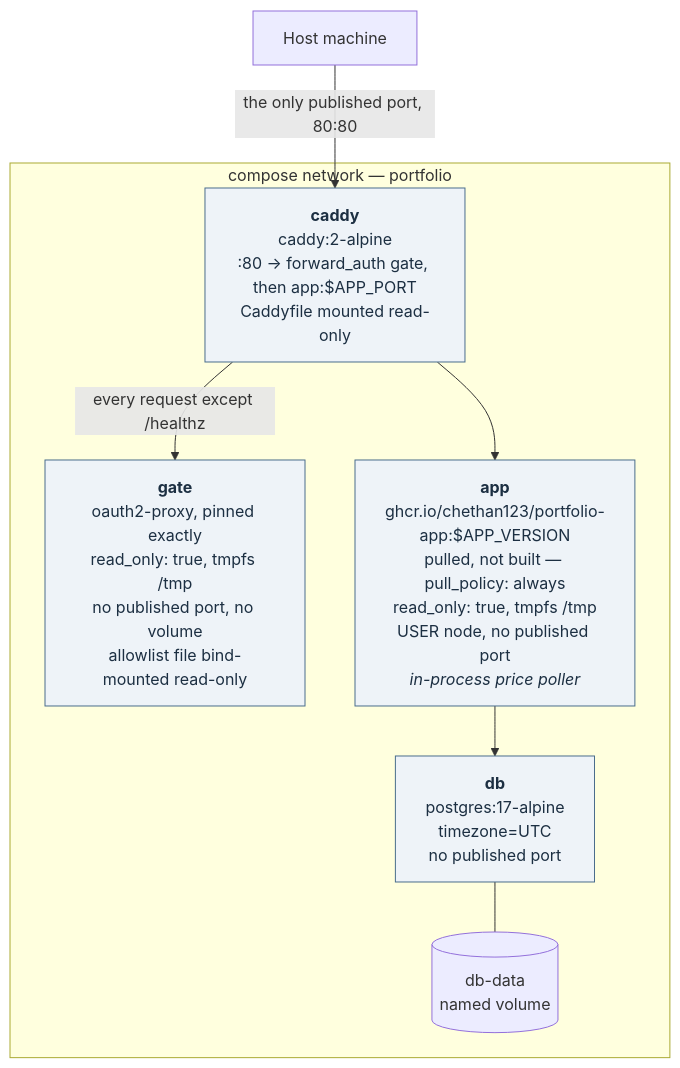
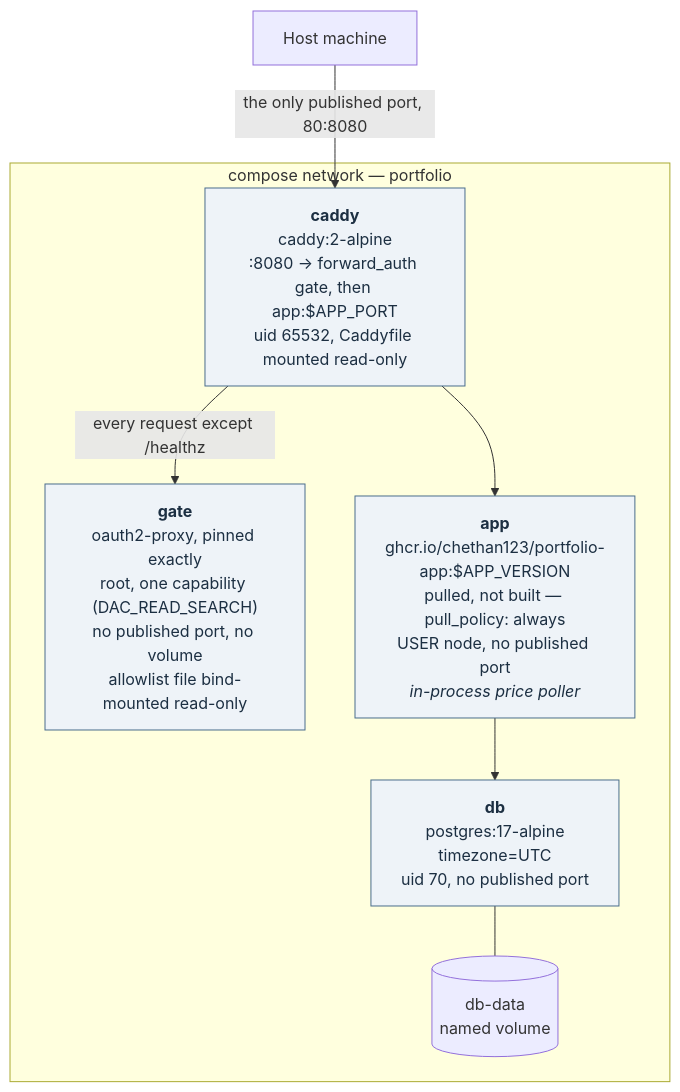
The second of 10 diagrams in ARCHITECTURE.md (chethan123/portfolio), drawn with Mermaid before and after one commit. The commit also changed other lines of this file and 9 other files, not shown here.

````diff
--- a/ARCHITECTURE.md
+++ b/ARCHITECTURE.md
@@ -136,21 +136,21 @@
 ```mermaid
 graph TB
     host["Host machine"]
 
     subgraph compose["compose network — portfolio"]
-        caddy["<b>caddy</b><br/>caddy:2-alpine<br/>:80 → forward_auth gate, then app:$APP_PORT<br/>Caddyfile mounted read-only"]
-        gate["<b>gate</b><br/>oauth2-proxy, pinned exactly<br/>read_only: true, tmpfs /tmp<br/>no published port, no volume<br/>allowlist file bind-mounted read-only"]
-        app["<b>app</b><br/>ghcr.io/chethan123/portfolio-app:$APP_VERSION<br/>pulled, not built — pull_policy: always<br/>read_only: true, tmpfs /tmp<br/>USER node, no published port<br/><i>in-process price poller</i>"]
-        db["<b>db</b><br/>postgres:17-alpine<br/>timezone=UTC<br/>no published port"]
+        caddy["<b>caddy</b><br/>caddy:2-alpine<br/>:8080 → forward_auth gate, then app:$APP_PORT<br/>uid 65532, Caddyfile mounted read-only"]
+        gate["<b>gate</b><br/>oauth2-proxy, pinned exactly<br/>root, one capability (DAC_READ_SEARCH)<br/>no published port, no volume<br/>allowlist file bind-mounted read-only"]
+        app["<b>app</b><br/>ghcr.io/chethan123/portfolio-app:$APP_VERSION<br/>pulled, not built — pull_policy: always<br/>USER node, no published port<br/><i>in-process price poller</i>"]
+        db["<b>db</b><br/>postgres:17-alpine<br/>timezone=UTC<br/>uid 70, no published port"]
         vol[("db-data<br/>named volume")]
     end
 
-    host -->|"the only published port, 80:80"| caddy
+    host -->|"the only published port, 80:8080"| caddy
     caddy -->|"every request except /healthz"| gate
     caddy --> app
     app --> db
     db --- vol
 
     classDef svc fill:#eef3f8,stroke:#4a6d8c,color:#1c2f42
     class caddy,gate,app,db svc
 ```
````
